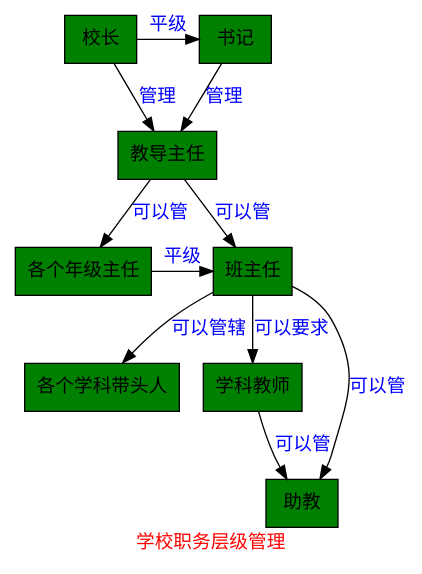
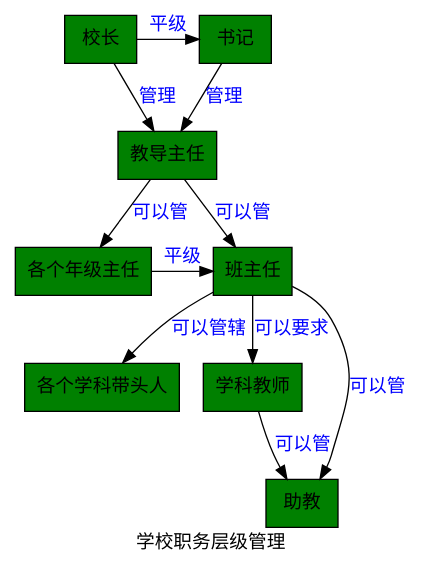
Before and after one commit to zhangyaocheng/IsThere-have-a-God: the diagram in 新建文件夹/mymin.dot, drawn with Graphviz.

Commit message:
新的mumindot

```diff
--- a/新建文件夹/mymin.dot
+++ b/新建文件夹/mymin.dot
@@ -1,38 +1,37 @@
 
 digraph mytest{
 
 	fontname = "FangSong";
 	label = "学校职务层级管理";
-	fontcolor = "red"
 
 	node [shape = box, fontname = "FangSong",style = filled,fillcolor = "green",fontcolor = "black"];
 	edge [fontname = "FangSong",fontcolor = "blue"];
 
 	mastor1 [label = "校长"];
 	mastor2 [label ="书记"];
 	{rank = same; mastor2 ; mastor1;}
 	mastor1 -> mastor2 [label = "平级"];
 
 	middle1 [label = "教导主任"];
 	middle2 [label = "各个年级主任"];
 	middle3 [label = "各个学科带头人"];
 
 	low1 [label = "班主任"];
 	low2 [label = "学科教师"];
 	low3 [label = "助教"];
 
 	mastor1 ->middle1 [label = "管理"];
 	mastor2 -> middle1 [label = "管理"];
 	{rank = same; middle2;low1;}
 	middle2 -> low1 [label = "平级"];
 
 	middle1 ->middle2 [label = "可以管"];
 	middle1 -> low1 [label = "可以管"];
 
 	low1 -> middle3 [label = "可以管辖"];
 	low1 -> low2 [label ="可以要求"];
 	low1 -> low3 [label = "可以管"];
 	low2 -> low3 [label = "可以管"];
 
 
 }
```
